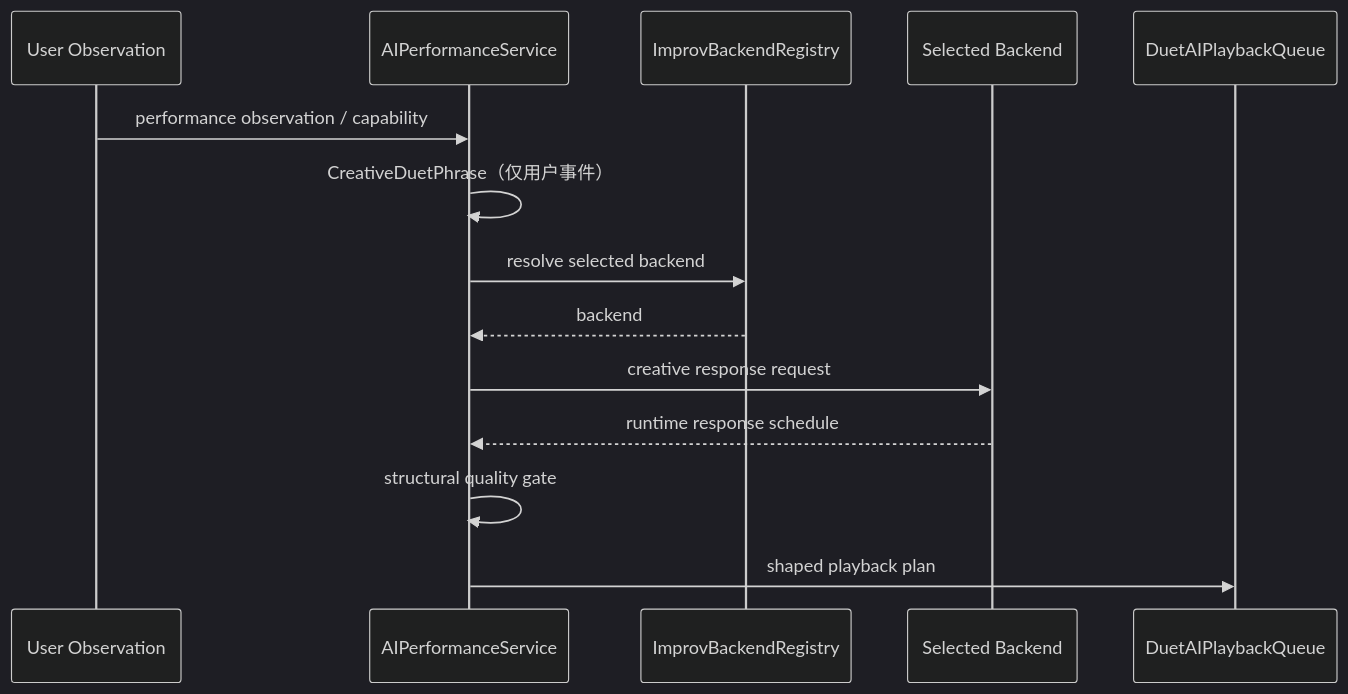
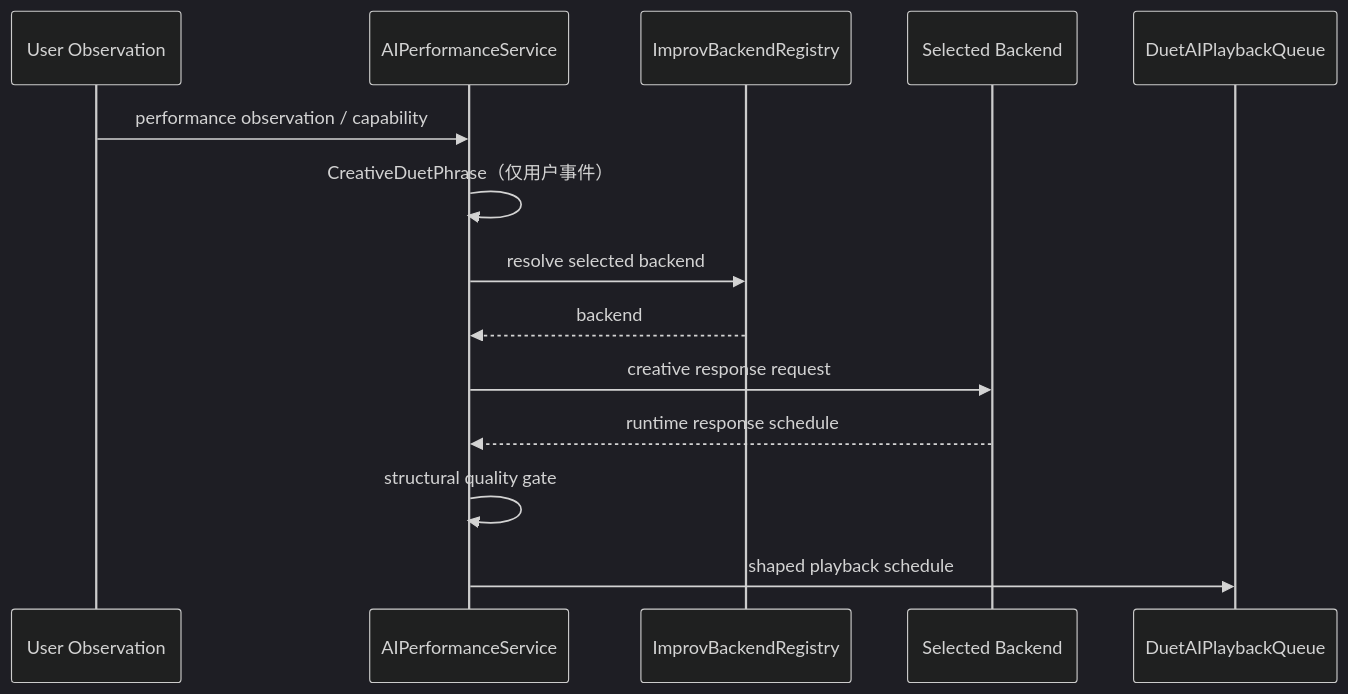
Before and after one commit to chiimagnus/Amoroso: the fourth of 4 diagrams in docs/data-flow.md, drawn with Mermaid (dark theme). The commit also changed other lines of this file and 2 other files, not shown here.

Commit message:
docs: P14 审计 - 同步对弹诊断边界

````diff
--- a/docs/data-flow.md
+++ b/docs/data-flow.md
@@ -281,17 +281,17 @@
 ```mermaid
 sequenceDiagram
   participant Input as User Observation
   participant Service as AIPerformanceService
   participant Registry as ImprovBackendRegistry
   participant Backend as Selected Backend
   participant Queue as DuetAIPlaybackQueue
 
   Input->>Service: performance observation / capability
   Service->>Service: CreativeDuetPhrase（仅用户事件）
   Service->>Registry: resolve selected backend
   Registry-->>Service: backend
   Service->>Backend: creative response request
   Backend-->>Service: runtime response schedule
   Service->>Service: structural quality gate
-  Service->>Queue: shaped playback plan
+  Service->>Queue: shaped playback schedule
 ```
````
